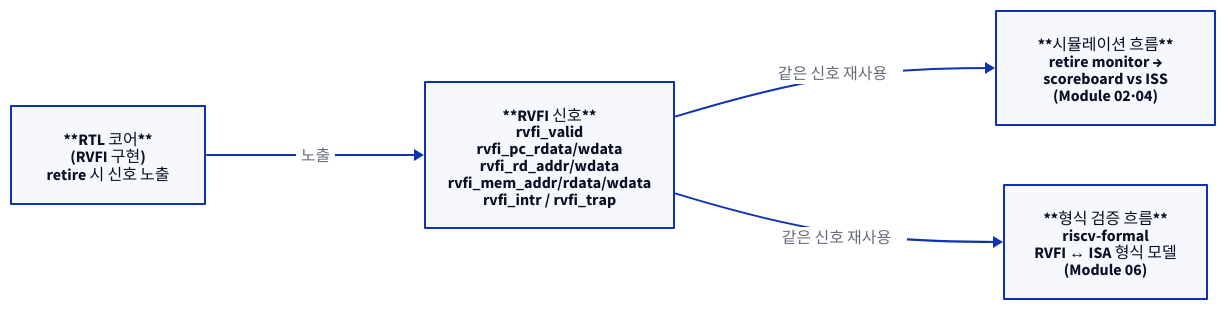
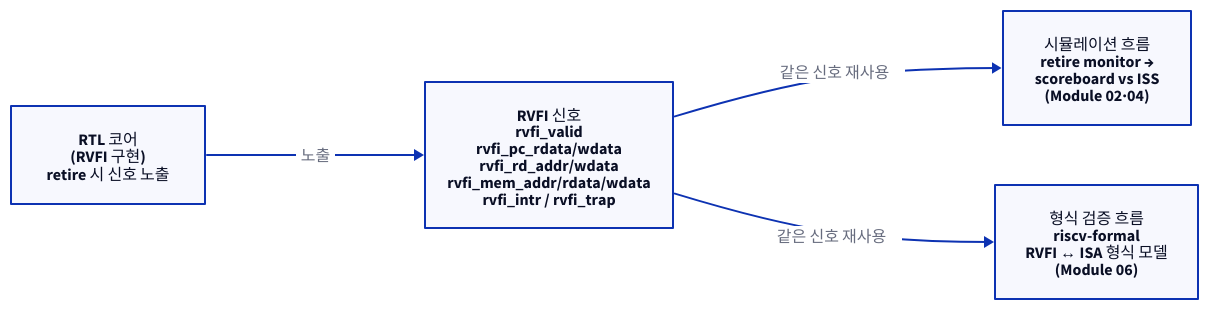
Before and after one commit to humbleowl39/DV_SKOOL: the first of 4 diagrams in starlight_site/src/content/docs/cpu_dv/03_rvfi_rvvi.md, drawn with D2. The commit also changed other lines of this file and 714 other files, not shown here.

First line of the commit message:
fix(site): d2 다이어그램 가독성 결함 6종 일괄 수정

````diff
--- a/starlight_site/src/content/docs/cpu_dv/03_rvfi_rvvi.md
+++ b/starlight_site/src/content/docs/cpu_dv/03_rvfi_rvvi.md
@@ -60,13 +60,13 @@
 ```d2
 direction: right
 
-CORE: "**RTL 코어**\n(RVFI 구현)\nretire 시 신호 노출"
-RVFI: "**RVFI 신호**\nrvfi_valid\nrvfi_pc_rdata/wdata\nrvfi_rd_addr/wdata\nrvfi_mem_addr/rdata/wdata\nrvfi_intr / rvfi_trap"
+CORE: "RTL 코어\n(RVFI 구현)\nretire 시 신호 노출"
+RVFI: "RVFI 신호\nrvfi_valid\nrvfi_pc_rdata/wdata\nrvfi_rd_addr/wdata\nrvfi_mem_addr/rdata/wdata\nrvfi_intr / rvfi_trap"
 
-SIM: "**시뮬레이션 흐름**\nretire monitor →\nscoreboard vs ISS\n(Module 02·04)"
-FORMAL: "**형식 검증 흐름**\nriscv-formal\nRVFI ↔ ISA 형식 모델\n(Module 06)"
+SIM: "시뮬레이션 흐름\nretire monitor →\nscoreboard vs ISS\n(Module 02·04)"
+FORMAL: "형식 검증 흐름\nriscv-formal\nRVFI ↔ ISA 형식 모델\n(Module 06)"
 
 CORE -> RVFI: "노출"
 RVFI -> SIM: "같은 신호 재사용"
 RVFI -> FORMAL: "같은 신호 재사용"
 ```
````
